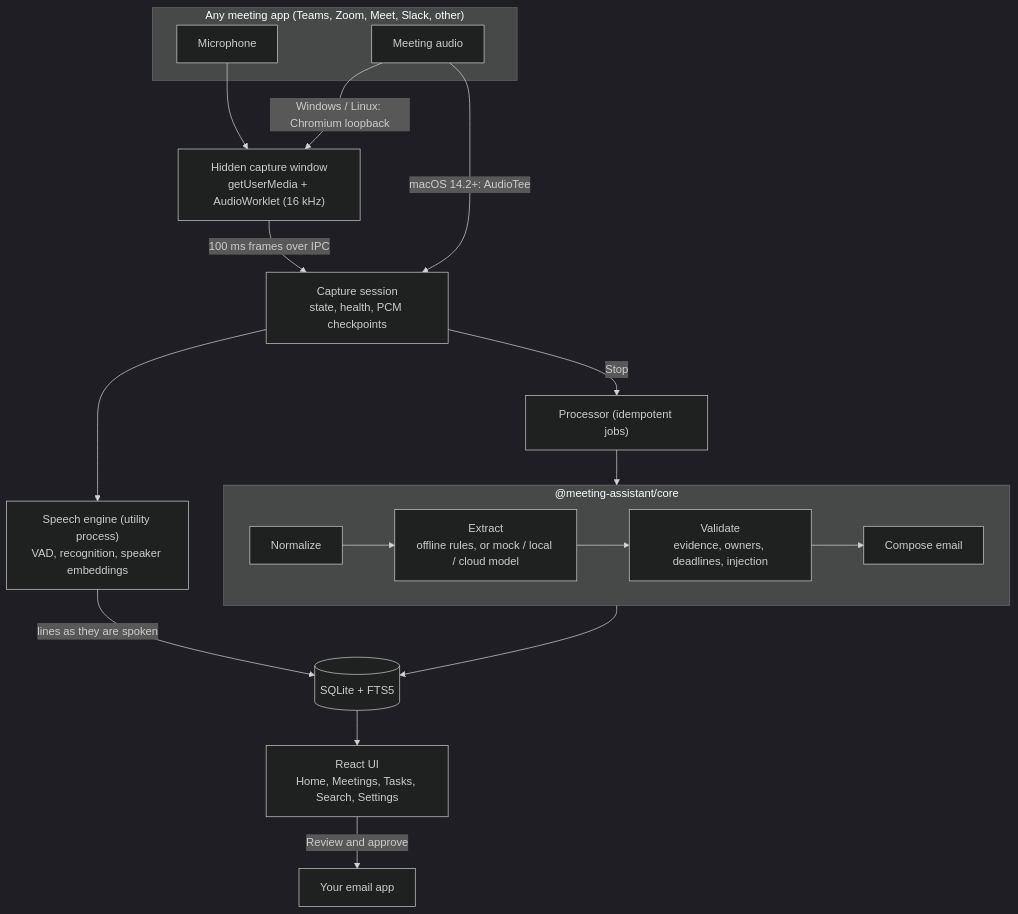
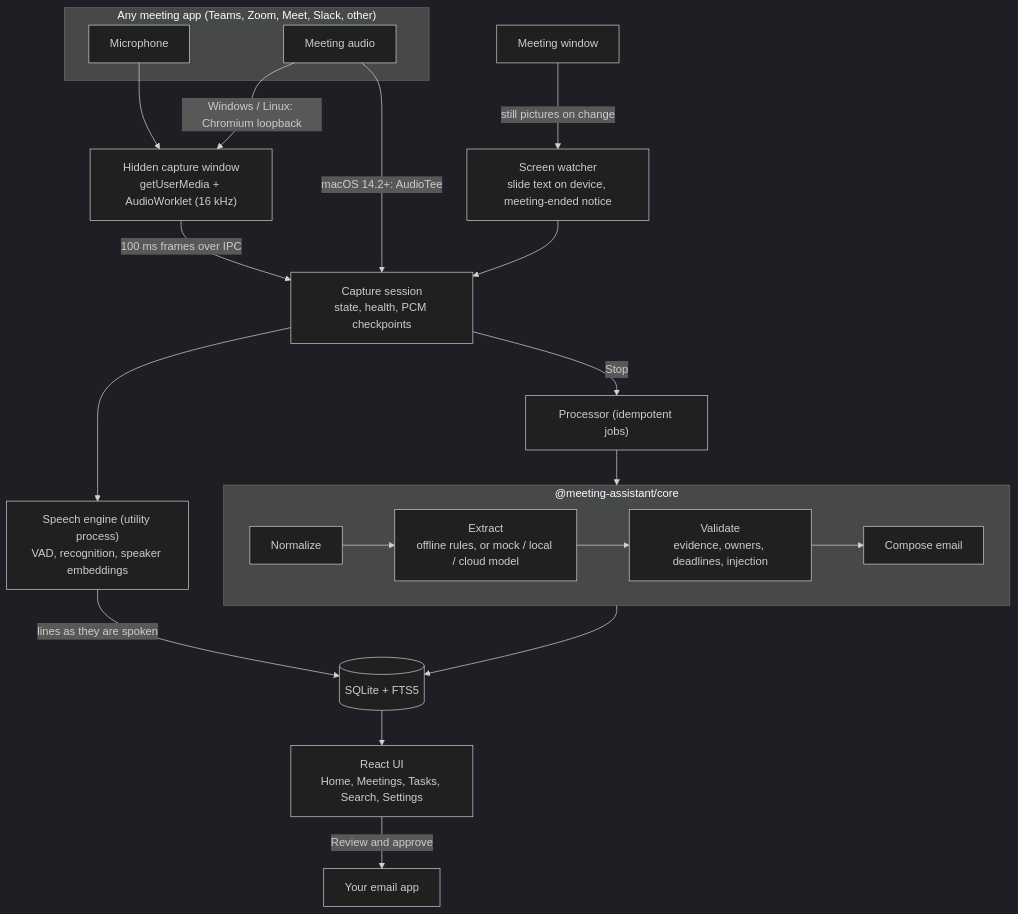
The diagram in docs/architecture.md (aasimsyed-ai/meeting-bot), drawn with Mermaid (dark theme) before and after one commit. The commit also changed other lines of this file and 12 other files, not shown here.

````diff
--- a/docs/architecture.md
+++ b/docs/architecture.md
@@ -5,21 +5,23 @@
 ```mermaid
 flowchart TD
   subgraph Sources["Any meeting app (Teams, Zoom, Meet, Slack, other)"]
     MIC[Microphone]
     SYS[Meeting audio]
   end
   MIC --> CW["Hidden capture window<br/>getUserMedia + AudioWorklet (16 kHz)"]
+  WIN[Meeting window] -->|still pictures on change| SCR["Screen watcher<br/>slide text on device, meeting-ended notice"]
+  SCR --> SESSION
   SYS -->|Windows / Linux: Chromium loopback| CW
   SYS -->|macOS 14.2+: AudioTee| SESSION
   CW -->|100 ms frames over IPC| SESSION["Capture session<br/>state, health, PCM checkpoints"]
   SESSION --> SPEECH["Speech engine (utility process)<br/>VAD, recognition, speaker embeddings"]
   SPEECH -->|lines as they are spoken| DB[(SQLite + FTS5)]
   SESSION -->|Stop| PROC["Processor (idempotent jobs)"]
   PROC --> CORE
   subgraph CORE["@meeting-assistant/core"]
     N[Normalize] --> X["Extract<br/>offline rules, or mock / local / cloud model"] --> V["Validate<br/>evidence, owners, deadlines, injection"] --> E[Compose email]
   end
   CORE --> DB
   DB --> UI["React UI<br/>Home, Meetings, Tasks, Search, Settings"]
   UI -->|Review and approve| MAIL[Your email app]
 ```
````
